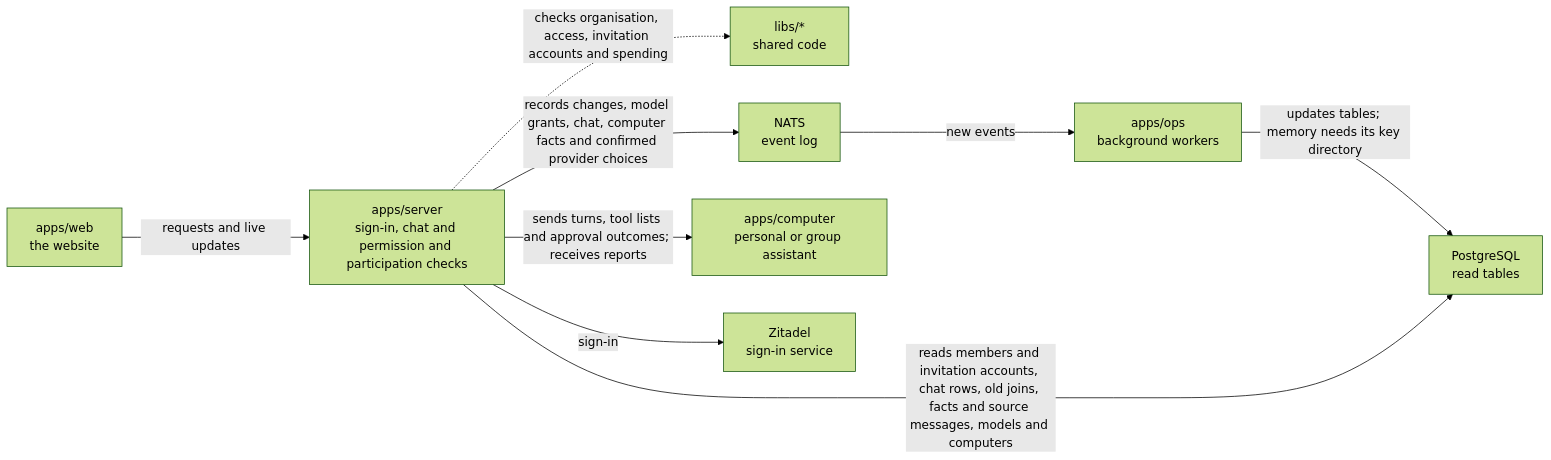
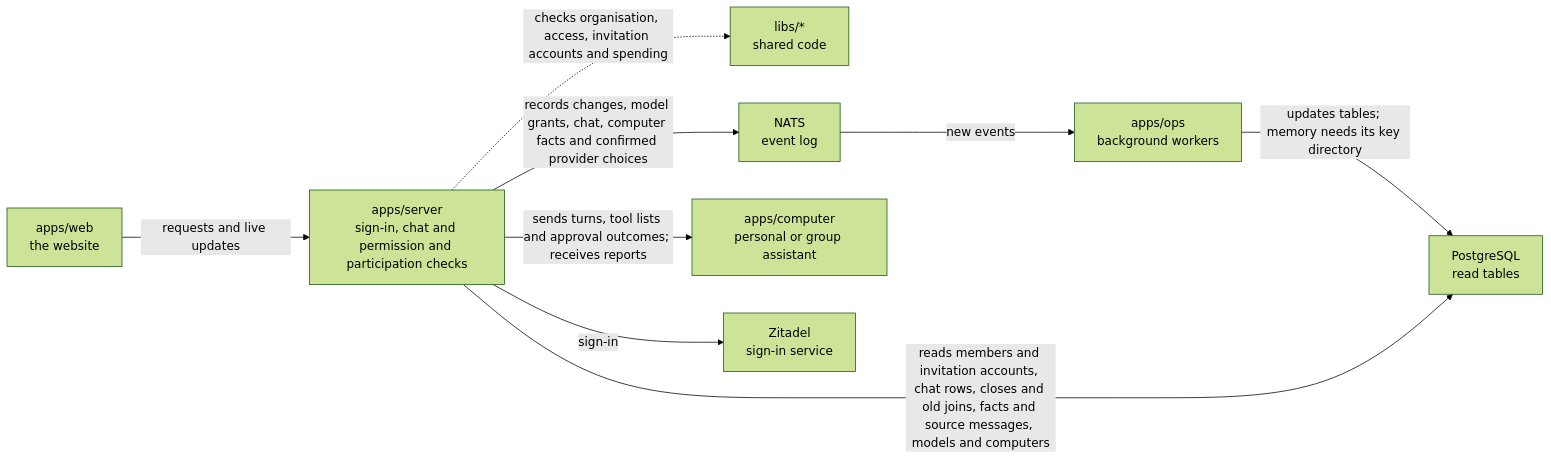
One commit to elewa-git/opencrane-new changed the diagram in apps/server/README.md. Above: the diagram before and after it, drawn with Mermaid (forest theme). The commit also changed other lines of this file and 10 other files, not shown here.

````diff
--- a/apps/server/README.md
+++ b/apps/server/README.md
@@ -11,11 +11,11 @@
 ```mermaid
 flowchart LR
   web["apps/web<br/>the website"] -->|requests and live updates| server["apps/server<br/>sign-in, chat and permission and participation checks"]
   server -.->|checks organisation, access, invitation accounts and spending| libs["libs/*<br/>shared code"]
   server -->|records changes, model grants, chat, computer facts and confirmed provider choices| nats["NATS<br/>event log"]
   nats -->|new events| ops["apps/ops<br/>background workers"]
   ops -->|updates tables; memory needs its key directory| postgres["PostgreSQL<br/>read tables"]
-  server -->|reads members and invitation accounts, chat rows, old joins, facts and source messages, models and computers| postgres
+  server -->|reads members and invitation accounts, chat rows, closes and old joins, facts and source messages, models and computers| postgres
   server -->|sends turns, tool lists and approval outcomes; receives reports| computer["apps/computer<br/>personal or group assistant"]
   server -->|sign-in| zitadel["Zitadel<br/>sign-in service"]
 ```
````
